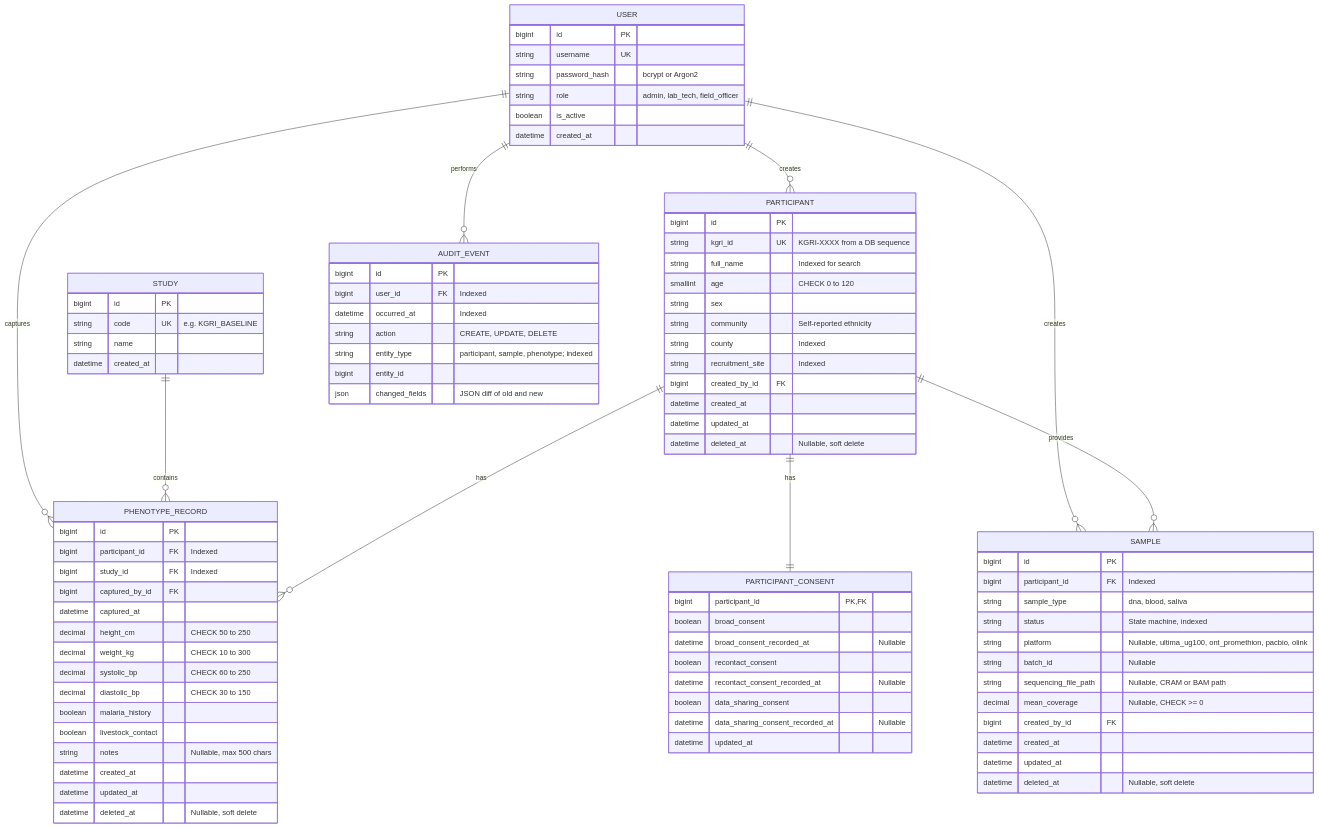
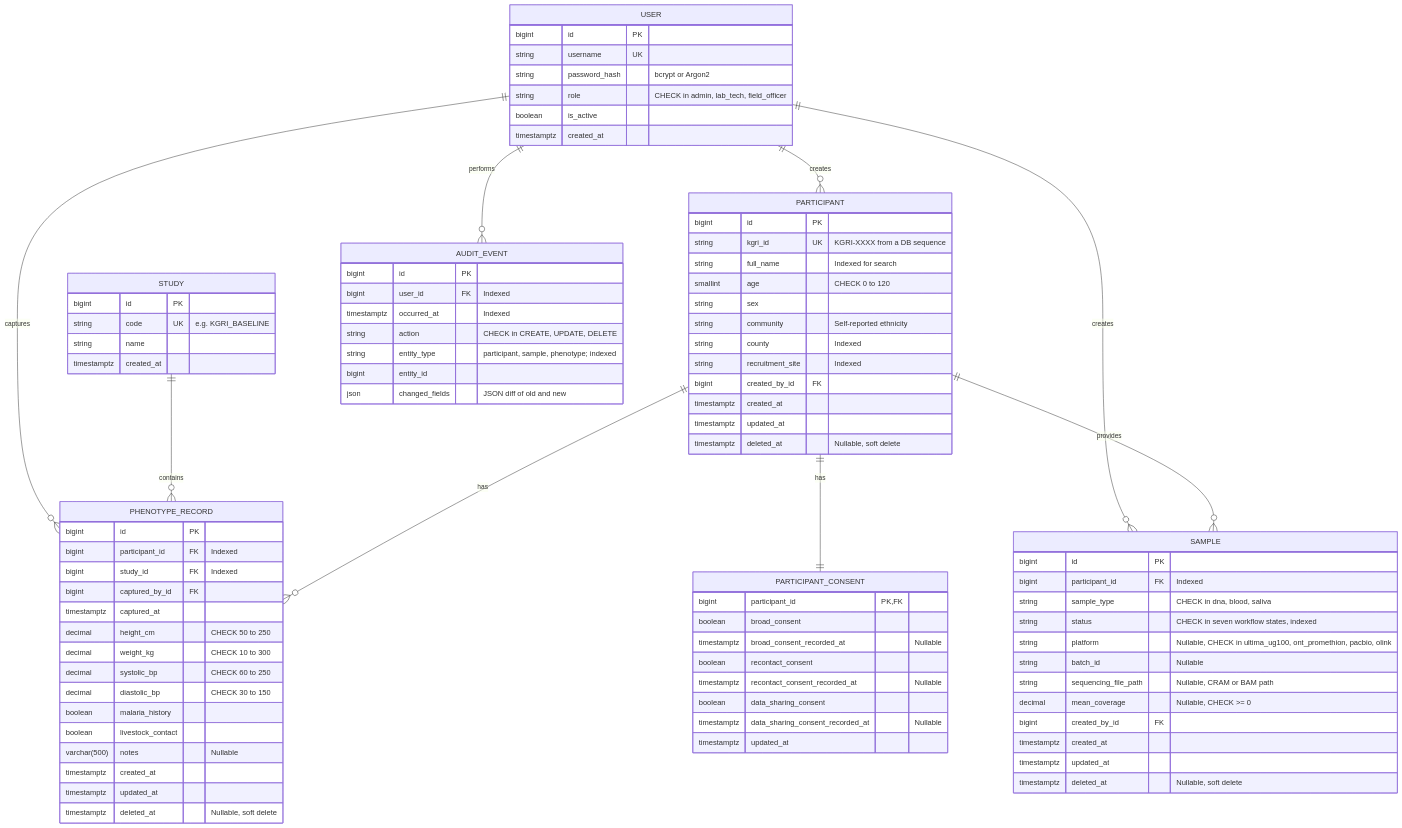
One commit to gekarajob/KGRI-Project changed the diagram in docs/er-diagram.md. Above: the diagram before and after it, drawn with Mermaid. The commit also changed other lines of this file and 12 other files, not shown here.

```diff
--- a/docs/er-diagram.md
+++ b/docs/er-diagram.md
@@ -18,15 +18,15 @@
         bigint id PK
         string username UK
         string password_hash "bcrypt or Argon2"
-        string role "admin, lab_tech, field_officer"
+        string role "CHECK in admin, lab_tech, field_officer"
         boolean is_active
-        datetime created_at
+        timestamptz created_at
     }
     STUDY {
         bigint id PK
         string code UK "e.g. KGRI_BASELINE"
         string name
-        datetime created_at
+        timestamptz created_at
     }
     PARTICIPANT {
         bigint id PK
@@ -38,56 +38,56 @@
         string county "Indexed"
         string recruitment_site "Indexed"
         bigint created_by_id FK
-        datetime created_at
-        datetime updated_at
-        datetime deleted_at "Nullable, soft delete"
+        timestamptz created_at
+        timestamptz updated_at
+        timestamptz deleted_at "Nullable, soft delete"
     }
     PARTICIPANT_CONSENT {
         bigint participant_id PK,FK
         boolean broad_consent
-        datetime broad_consent_recorded_at "Nullable"
+        timestamptz broad_consent_recorded_at "Nullable"
         boolean recontact_consent
-        datetime recontact_consent_recorded_at "Nullable"
+        timestamptz recontact_consent_recorded_at "Nullable"
         boolean data_sharing_consent
-        datetime data_sharing_consent_recorded_at "Nullable"
-        datetime updated_at
+        timestamptz data_sharing_consent_recorded_at "Nullable"
+        timestamptz updated_at
     }
     SAMPLE {
         bigint id PK
         bigint participant_id FK "Indexed"
-        string sample_type "dna, blood, saliva"
-        string status "State machine, indexed"
-        string platform "Nullable, ultima_ug100, ont_promethion, pacbio, olink"
+        string sample_type "CHECK in dna, blood, saliva"
+        string status "CHECK in seven workflow states, indexed"
+        string platform "Nullable, CHECK in ultima_ug100, ont_promethion, pacbio, olink"
         string batch_id "Nullable"
         string sequencing_file_path "Nullable, CRAM or BAM path"
         decimal mean_coverage "Nullable, CHECK >= 0"
         bigint created_by_id FK
-        datetime created_at
-        datetime updated_at
-        datetime deleted_at "Nullable, soft delete"
+        timestamptz created_at
+        timestamptz updated_at
+        timestamptz deleted_at "Nullable, soft delete"
     }
     PHENOTYPE_RECORD {
         bigint id PK
         bigint participant_id FK "Indexed"
         bigint study_id FK "Indexed"
         bigint captured_by_id FK
-        datetime captured_at
+        timestamptz captured_at
         decimal height_cm "CHECK 50 to 250"
         decimal weight_kg "CHECK 10 to 300"
         decimal systolic_bp "CHECK 60 to 250"
         decimal diastolic_bp "CHECK 30 to 150"
         boolean malaria_history
         boolean livestock_contact
-        string notes "Nullable, max 500 chars"
-        datetime created_at
-        datetime updated_at
-        datetime deleted_at "Nullable, soft delete"
+        varchar(500) notes "Nullable"
+        timestamptz created_at
+        timestamptz updated_at
+        timestamptz deleted_at "Nullable, soft delete"
     }
     AUDIT_EVENT {
         bigint id PK
         bigint user_id FK "Indexed"
-        datetime occurred_at "Indexed"
-        string action "CREATE, UPDATE, DELETE"
+        timestamptz occurred_at "Indexed"
+        string action "CHECK in CREATE, UPDATE, DELETE"
         string entity_type "participant, sample, phenotype; indexed"
         bigint entity_id
         json changed_fields "JSON diff of old and new"
```
